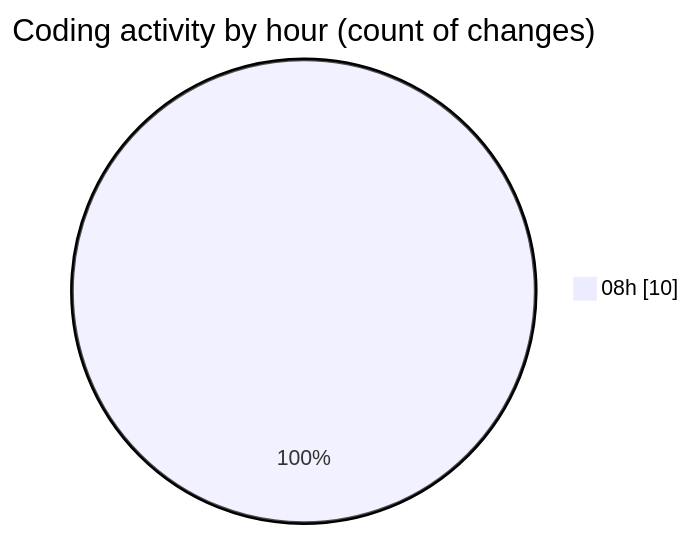
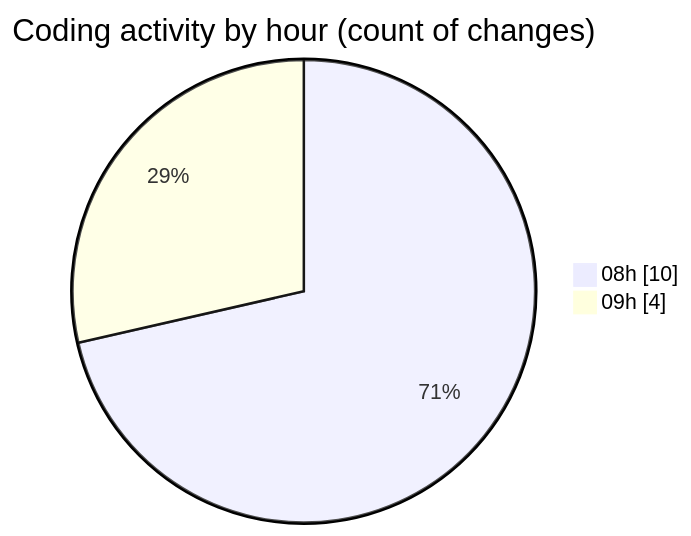
The second of 2 diagrams in 2025-01-07/nueva_carpeta/README.md (LanceThiago/code-tracking), drawn with Mermaid before and after one commit. The commit also changed other lines of this file and 1 other file, not shown here.

````diff
--- a/2025-01-07/nueva_carpeta/README.md
+++ b/2025-01-07/nueva_carpeta/README.md
@@ -28,5 +28,6 @@
 ```mermaid
 pie showData
 title Coding activity by hour (count of changes)
 "08h" : 10
+"09h" : 4
 ```
````
